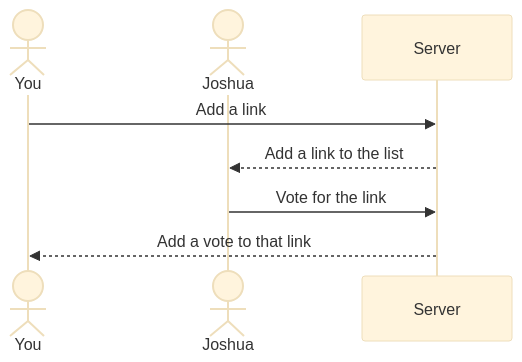
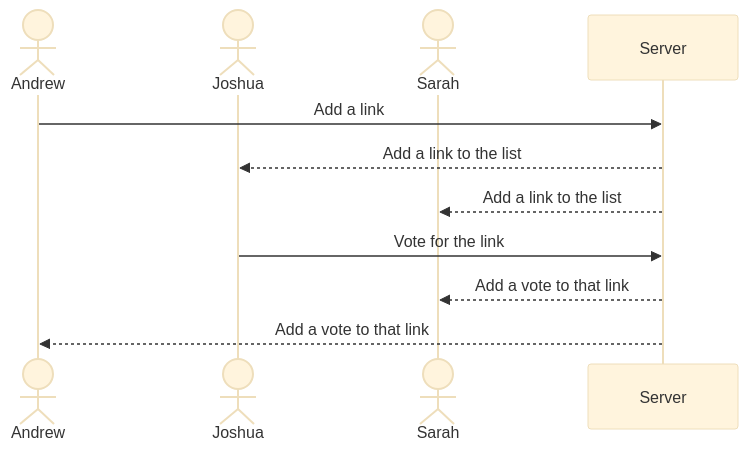
One commit to Billpack68/startup changed the diagram in README.md. Above: the diagram before and after it, drawn with Mermaid (base theme).

Commit message:
Further polishing sequence disagram

````diff
--- a/README.md
+++ b/README.md
@@ -27,9 +27,12 @@
 ```mermaid
 sequenceDiagram
-    actor You
+    actor Andrew
     actor Joshua
-    You->>Server: Add a link
+    actor Sarah
+    Andrew->>Server: Add a link
     Server-->>Joshua: Add a link to the list
+    Server-->>Sarah: Add a link to the list
     Joshua->>Server: Vote for the link
-    Server-->>You: Add a vote to that link
+    Server-->>Sarah: Add a vote to that link
+    Server-->>Andrew: Add a vote to that link
 ```
````
